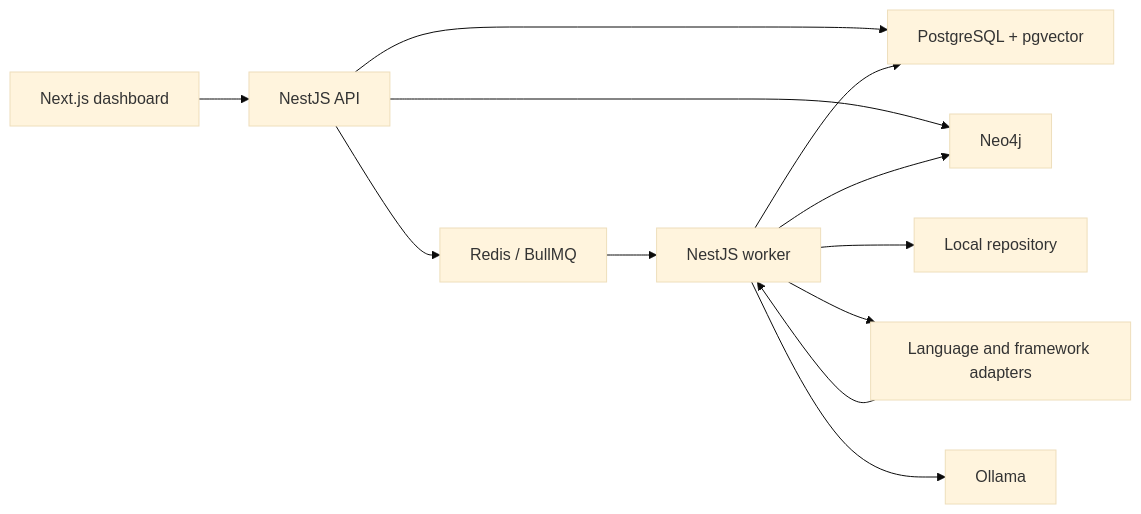
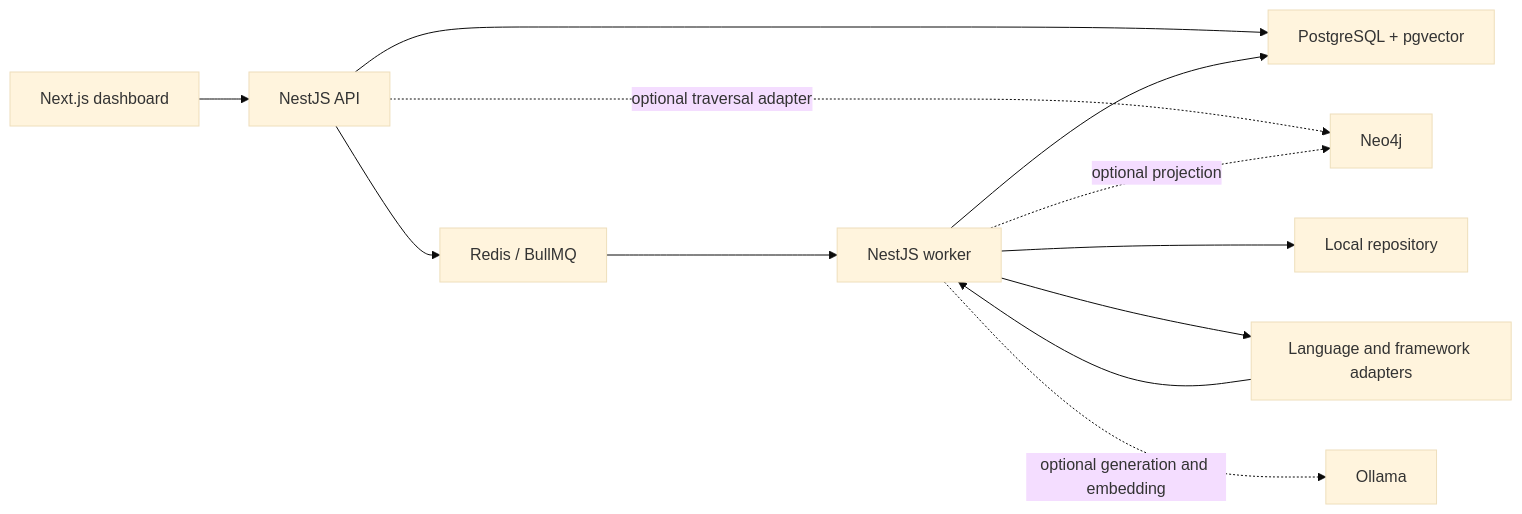
The first of 2 diagrams in docs/superpowers/specs/2026-07-15-intellirepo-portfolio-vertical-slice-design.md (gaurav-madkaikar/IntelliRepo), drawn with Mermaid (base theme) before and after one commit. The commit also changed other lines of this file and 31 other files, not shown here.

````diff
--- a/docs/superpowers/specs/2026-07-15-intellirepo-portfolio-vertical-slice-design.md
+++ b/docs/superpowers/specs/2026-07-15-intellirepo-portfolio-vertical-slice-design.md
@@ -59,14 +61,14 @@
 ```mermaid
 flowchart LR
     UI["Next.js dashboard"] --> API["NestJS API"]
     API --> PG["PostgreSQL + pgvector"]
-    API --> NEO["Neo4j"]
+    API -. "optional traversal adapter" .-> NEO["Neo4j"]
     API --> REDIS["Redis / BullMQ"]
     REDIS --> WORKER["NestJS worker"]
     WORKER --> REPO["Local repository"]
     WORKER --> PARSERS["Language and framework adapters"]
-    WORKER --> OLLAMA["Ollama"]
+    WORKER -. "optional generation and embedding" .-> OLLAMA["Ollama"]
     PARSERS --> WORKER
     WORKER --> PG
-    WORKER --> NEO
+    WORKER -. "optional projection" .-> NEO
 ```
````
